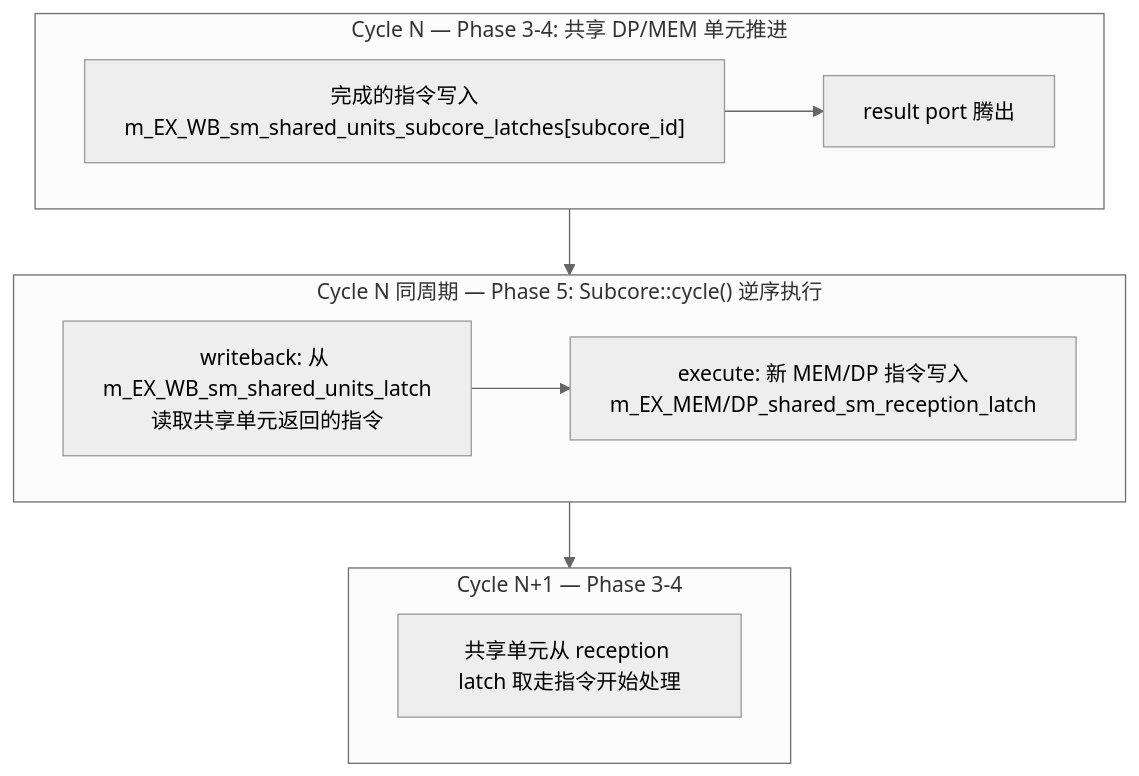
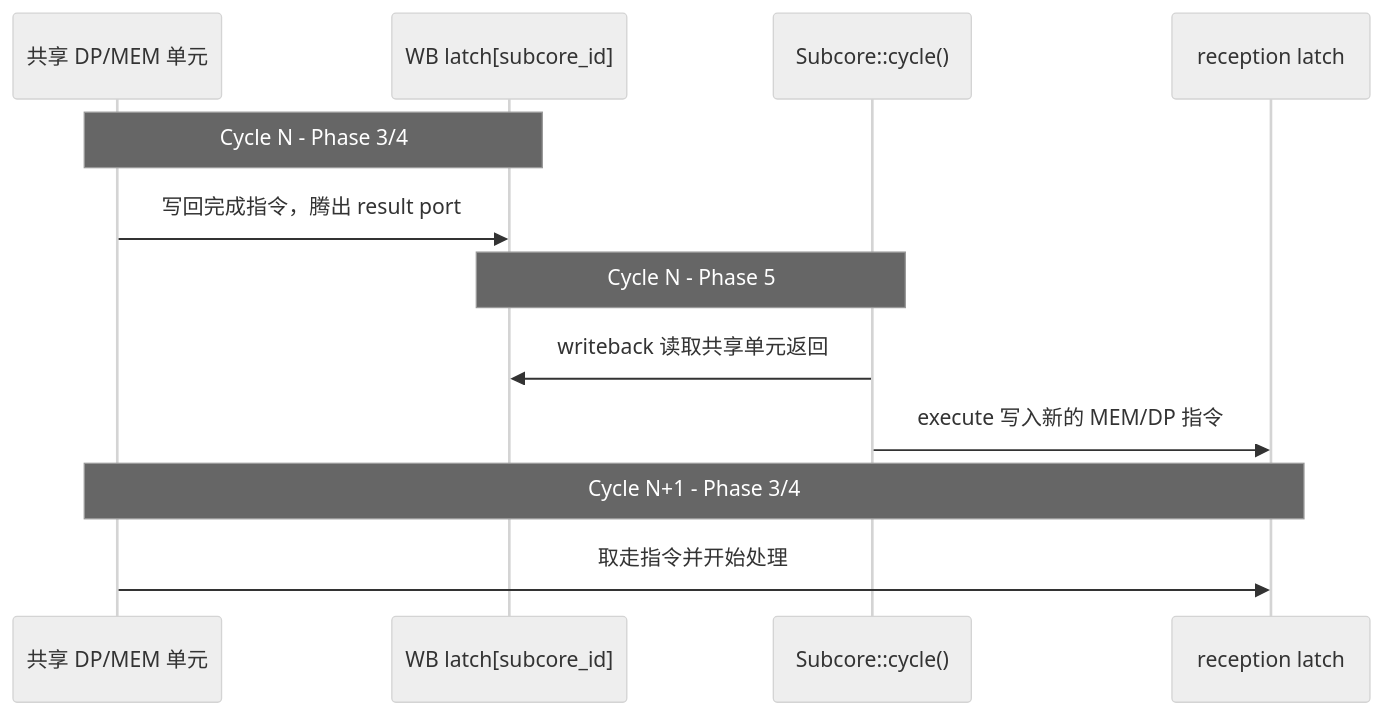
One commit to dzwduan/modern-gpu-simulator-micro-2025 changed the fourth of 7 diagrams in docs/detailed-design/02-SM顶层设计.md. Above: the diagram before and after it, drawn with Mermaid (neutral theme). The commit also changed other lines of this file, not shown here.

First line of the commit message:
docs: 更新02-SM页架构设计中的 Mermaid 图表语法

````diff
--- a/docs/detailed-design/02-SM顶层设计.md
+++ b/docs/detailed-design/02-SM顶层设计.md
@@ -356,17 +385,17 @@
 ```mermaid
-flowchart TD
-    subgraph CycleN_P34["Cycle N — Phase 3-4: 共享 DP/MEM 单元推进"]
-        A1["完成的指令写入\nm_EX_WB_sm_shared_units_subcore_latches#91;subcore_id#93;"]
-        A2["result port 腾出"]
-        A1 --> A2
-    end
-    subgraph CycleN_P5["Cycle N 同周期 — Phase 5: Subcore::cycle#40;#41; 逆序执行"]
-        B1["writeback: 从 m_EX_WB_sm_shared_units_latch\n读取共享单元返回的指令"]
-        B2["execute: 新 MEM/DP 指令写入\nm_EX_MEM/DP_shared_sm_reception_latch"]
-        B1 --> B2
-    end
-    subgraph CycleN1["Cycle N+1 — Phase 3-4"]
-        C1["共享单元从 reception latch 取走指令开始处理"]
-    end
-    CycleN_P34 --> CycleN_P5 --> CycleN1
+sequenceDiagram
+    participant U as 共享 DP/MEM 单元
+    participant W as WB latch[subcore_id]
+    participant S as Subcore::cycle()
+    participant R as reception latch
+
+    Note over U,W: Cycle N - Phase 3/4
+    U->>W: 写回完成指令，腾出 result port
+
+    Note over S,W: Cycle N - Phase 5
+    S->>W: writeback 读取共享单元返回
+    S->>R: execute 写入新的 MEM/DP 指令
+
+    Note over U,R: Cycle N+1 - Phase 3/4
+    U->>R: 取走指令并开始处理
 ```
````
